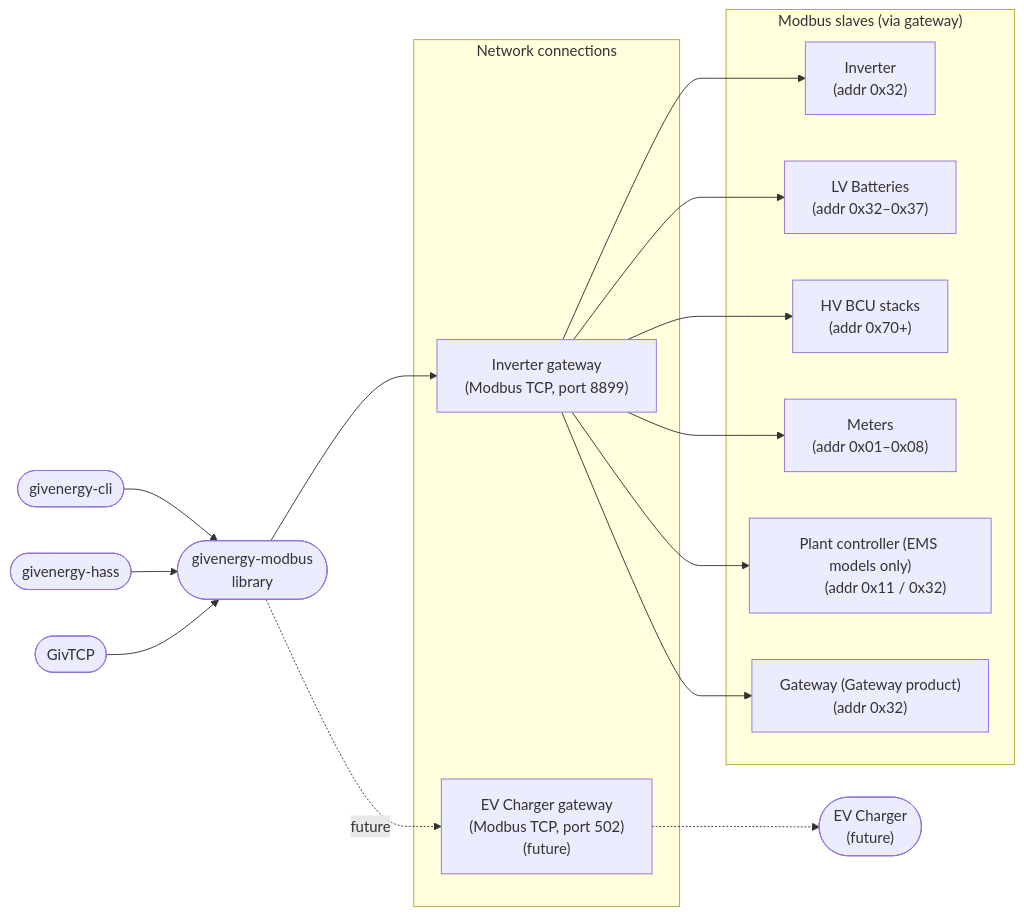
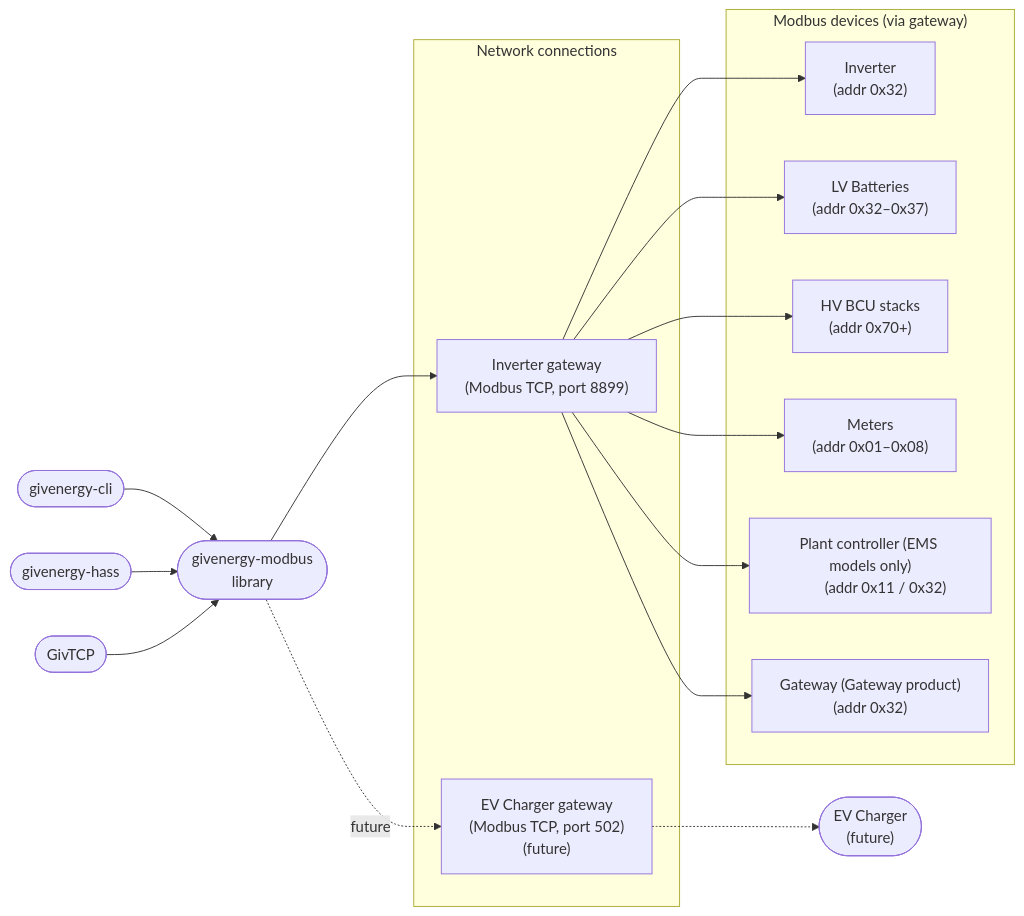
The first of 2 diagrams in docs/architecture.md (dewet22/givenergy-modbus), drawn with Mermaid before and after one commit. The commit also changed other lines of this file and 20 other files, not shown here.

````diff
--- a/docs/architecture.md
+++ b/docs/architecture.md
@@ -14,44 +14,44 @@
 ```mermaid
 graph LR
     app1(["givenergy-cli"])
     app2(["givenergy-hass"])
     app3(["GivTCP"])
 
     lib(["givenergy-modbus
     library"])
 
     subgraph conn["Network connections"]
         gw["Inverter gateway
         (Modbus TCP, port 8899)"]
         evc_tcp["EV Charger gateway
         (Modbus TCP, port 502)
         (future)"]
     end
 
-    subgraph slaves["Modbus slaves (via gateway)"]
+    subgraph modbus_devices["Modbus devices (via gateway)"]
         inv["Inverter
         (addr 0x32)"]
         bat["LV Batteries
         (addr 0x32–0x37)"]
         bcu["HV BCU stacks
         (addr 0x70+)"]
         meter["Meters
         (addr 0x01–0x08)"]
         ems["Plant controller (EMS models only)
         (addr 0x11 / 0x32)"]
         gateway["Gateway (Gateway product)
         (addr 0x32)"]
     end
 
     evc(["EV Charger
     (future)"])
 
     app1 --> lib
     app2 --> lib
     app3 --> lib
 
     lib --> gw
     lib -.->|future| evc_tcp
     gw --> inv & bat & bcu & meter & ems & gateway
     evc_tcp -.-> evc
 ```
````
